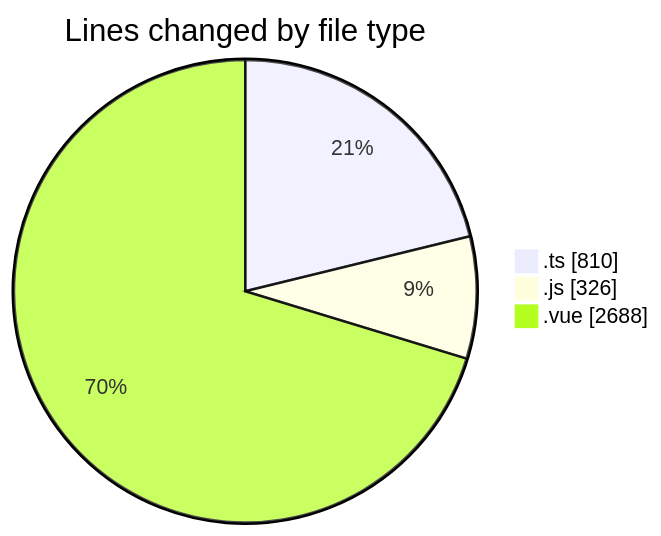
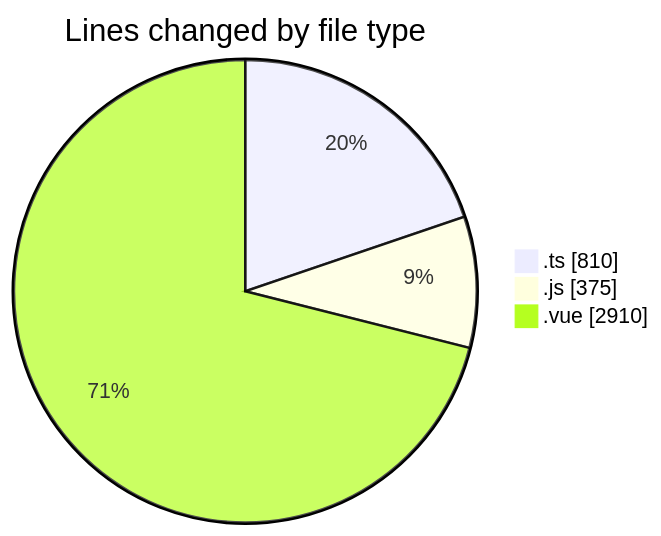
The first of 2 diagrams in 2025-08-16/rentotp/README.md (lephambinh05/code-tracking), drawn with Mermaid before and after one commit. The commit also changed other lines of this file and 1 other file, not shown here.

````diff
--- a/2025-08-16/rentotp/README.md
+++ b/2025-08-16/rentotp/README.md
@@ -33,7 +36,7 @@
 ```mermaid
 pie showData
 title Lines changed by file type
 ".ts" : 810
-".js" : 326
-".vue" : 2688
+".js" : 375
+".vue" : 2910
 ```
````
